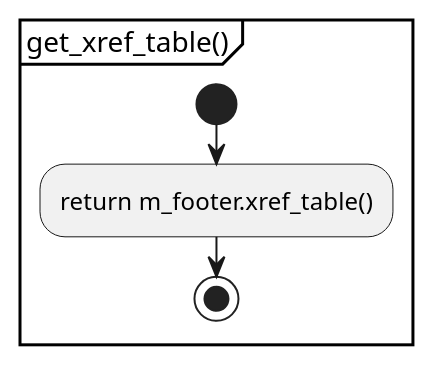
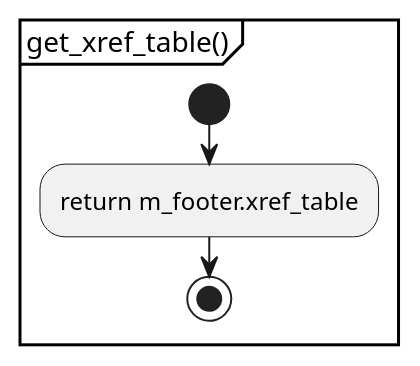
The second of 10 diagrams in document/parser.activity.pu (KodaiYM/PDFReader), drawn with PlantUML before and after one commit. The commit also changed other lines of this file and 12 other files, not shown here.

```diff
--- a/document/parser.activity.pu
+++ b/document/parser.activity.pu
@@ -10,7 +10,7 @@
 @startuml get_xref_table
 partition "get_xref_table()" {
 start
-	:return m_footer.xref_table();
+	:return m_footer.xref_table;
 stop
 }
 @enduml
```
